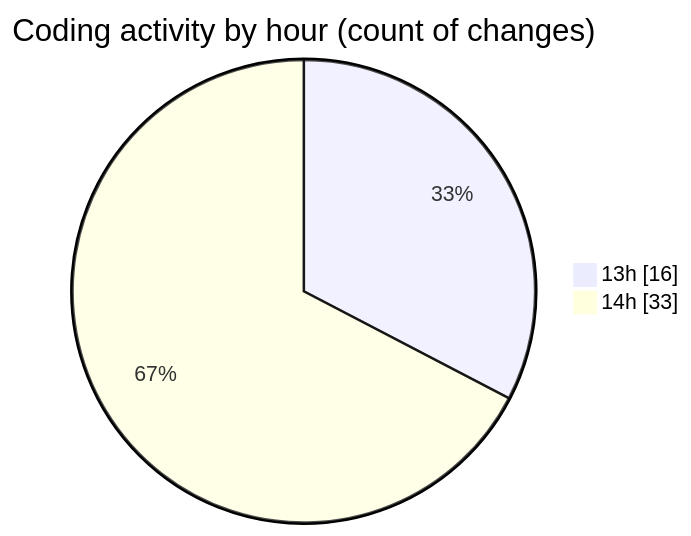
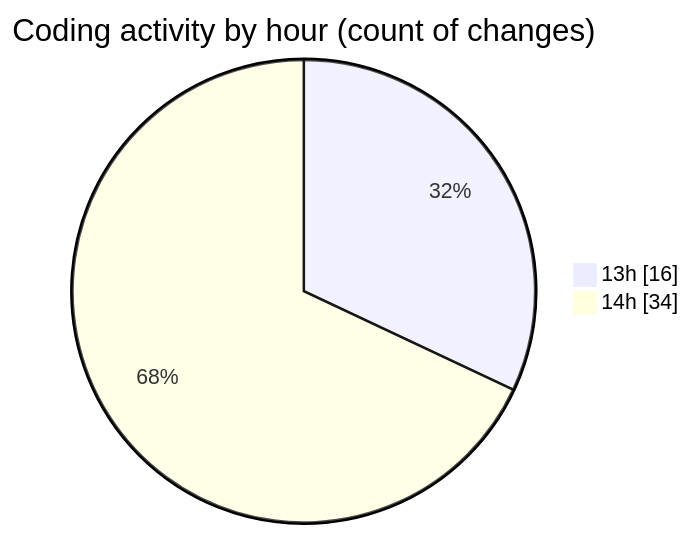
One commit to charlie-sans/code-tracking changed the second of 2 diagrams in 2025-02-23/codepack/README.md. Above: the diagram before and after it, drawn with Mermaid. The commit also changed other lines of this file and 1 other file, not shown here.

````diff
--- a/2025-02-23/codepack/README.md
+++ b/2025-02-23/codepack/README.md
@@ -35,6 +37,6 @@
 ```mermaid
 pie showData
 title Coding activity by hour (count of changes)
 "13h" : 16
-"14h" : 33
+"14h" : 34
 ```
````
